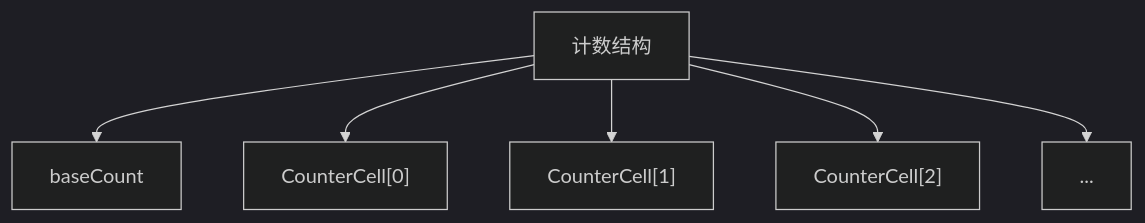
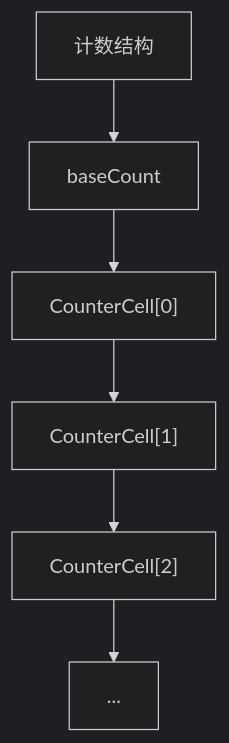
Diagram 25 of 26 in source/_posts/concurrency/22-ConcurrentHashMap 为什么能支持高并发访问.md (rebibabo/rebibabo.github.io), drawn with Mermaid (dark theme) before and after one commit. The commit also changed other lines of this file and 3 other files, not shown here.

````diff
--- a/source/_posts/concurrency/22-ConcurrentHashMap 为什么能支持高并发访问.md
+++ b/source/_posts/concurrency/22-ConcurrentHashMap 为什么能支持高并发访问.md
@@ -396,9 +396,9 @@
 ```mermaid
 graph TD
     root["计数结构"]
     root --> baseCount["baseCount"]
-    root --> cc0["CounterCell[0]"]
-    root --> cc1["CounterCell[1]"]
-    root --> cc2["CounterCell[2]"]
-    root --> ccN["..."]
+    baseCount --> cc0["CounterCell[0]"]
+    cc0 --> cc1["CounterCell[1]"]
+    cc1 --> cc2["CounterCell[2]"]
+    cc2 --> ccN["..."]
 ```
````
